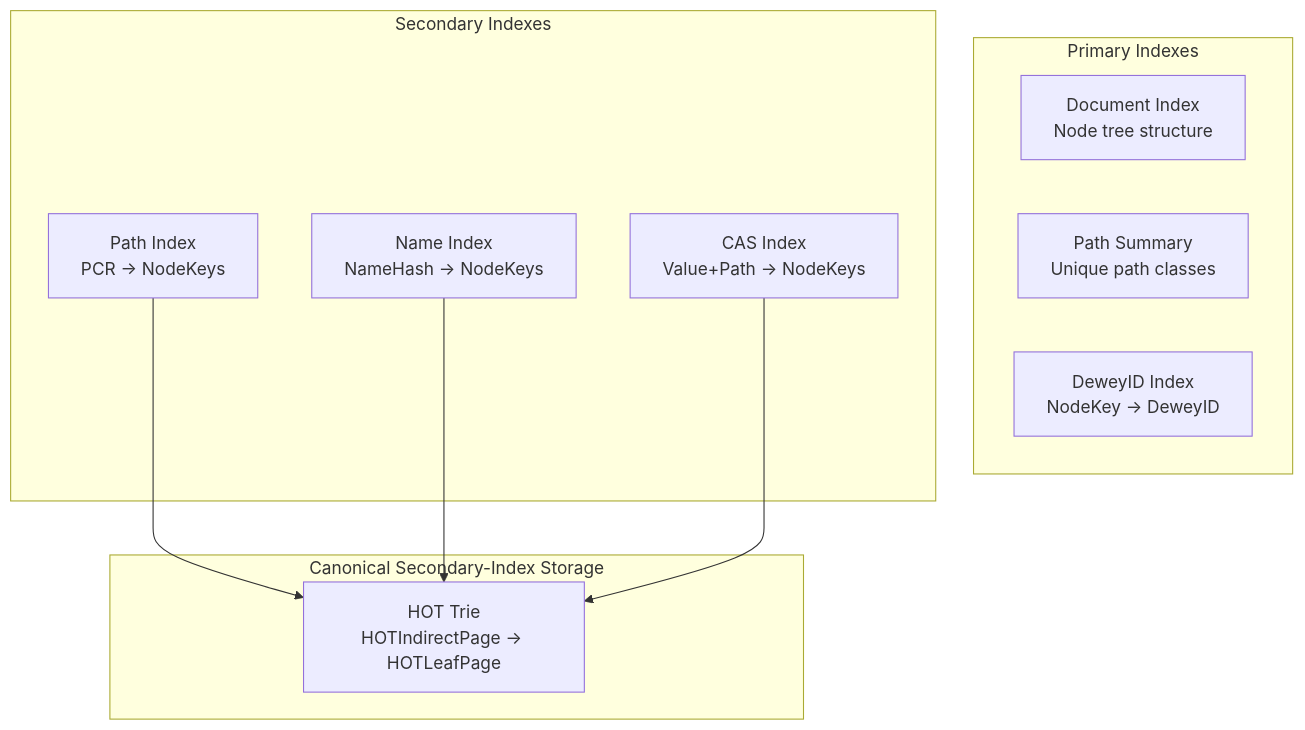
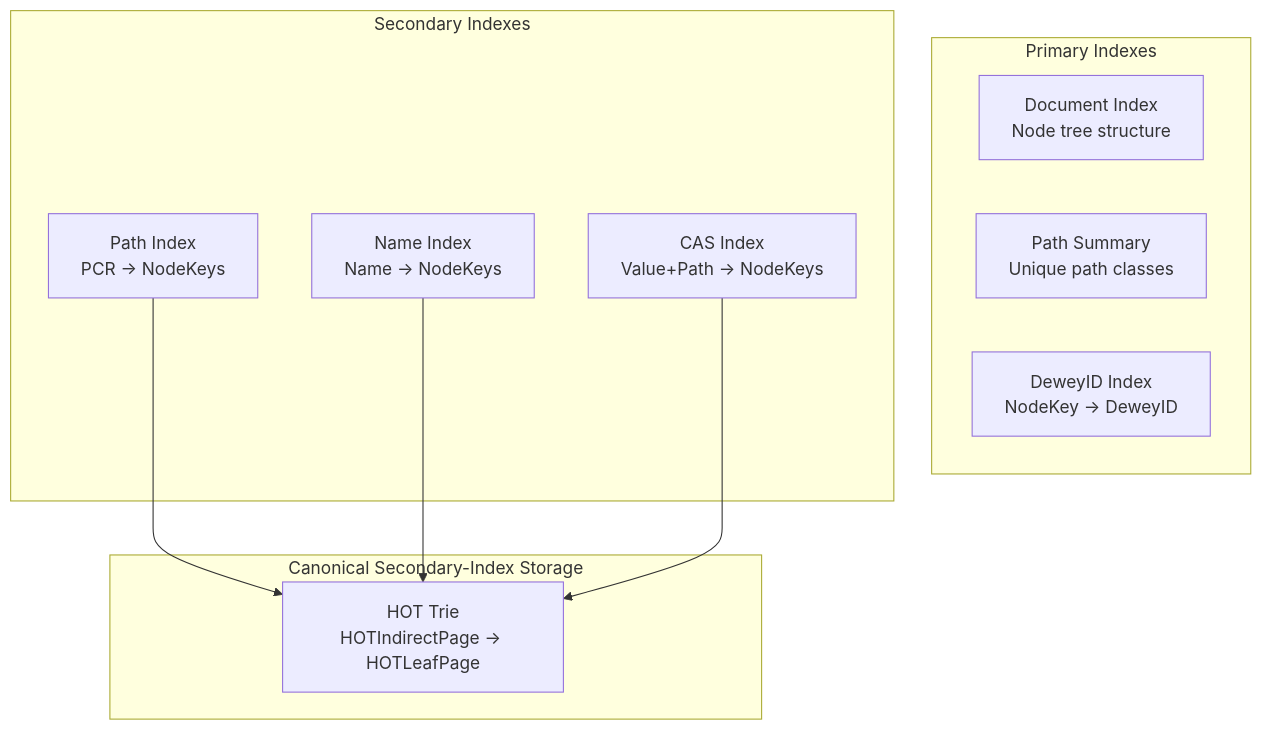
The second of 5 diagrams in docs/ARCHITECTURE.md (sirixdb/sirix), drawn with Mermaid before and after one commit. The commit also changed other lines of this file and 12 other files, not shown here.

````diff
--- a/docs/ARCHITECTURE.md
+++ b/docs/ARCHITECTURE.md
@@ -795,22 +795,22 @@
 ```mermaid
 graph TB
     subgraph "Primary Indexes"
         DOC[Document Index<br/>Node tree structure]
         PATH_SUM[Path Summary<br/>Unique path classes]
         DEWEY[DeweyID Index<br/>NodeKey → DeweyID]
     end
 
     subgraph "Secondary Indexes"
         PATH[Path Index<br/>PCR → NodeKeys]
-        NAME[Name Index<br/>NameHash → NodeKeys]
+        NAME[Name Index<br/>Name → NodeKeys]
         CAS[CAS Index<br/>Value+Path → NodeKeys]
     end
 
     subgraph "Canonical Secondary-Index Storage"
         HOT[HOT Trie<br/>HOTIndirectPage → HOTLeafPage]
     end
 
     PATH --> HOT
     NAME --> HOT
     CAS --> HOT
 ```
````
